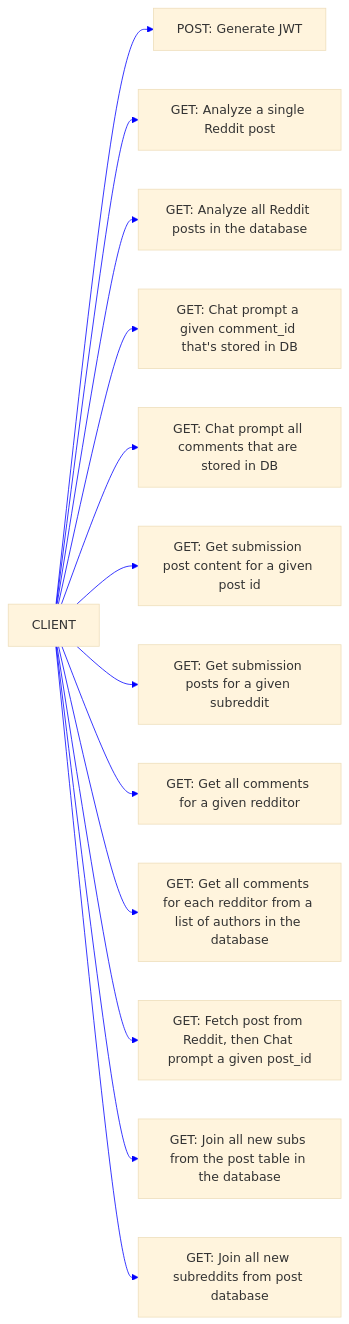
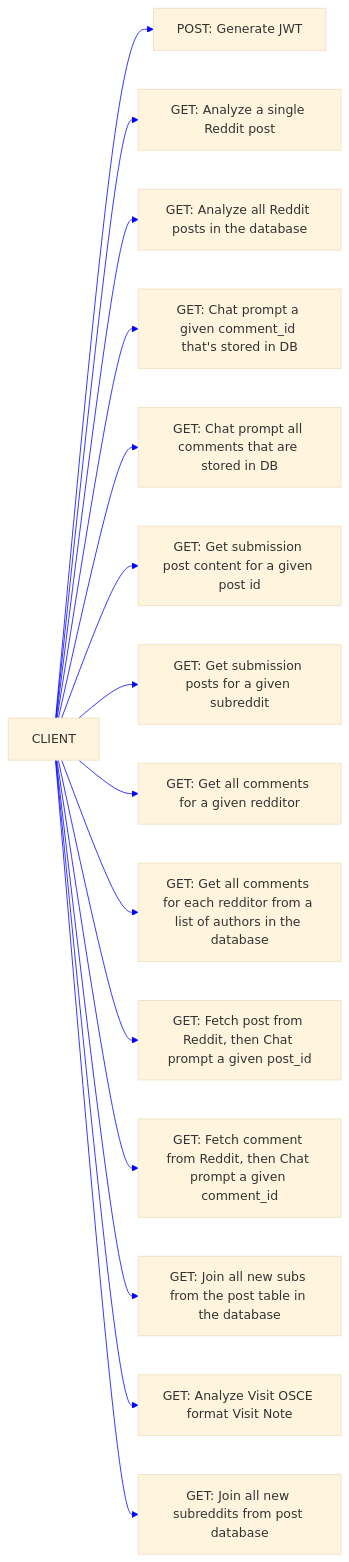
Before and after one commit to ovaisq/LLM-MedBillingForecast: the second of 3 diagrams in README.md, drawn with Mermaid.

Commit message:
updated README.md with new endpoints

````diff
--- a/README.md
+++ b/README.md
@@ -93,28 +93,32 @@
 ```mermaid
 %%{init: {'theme': 'base', 'themeVariables': {'lineColor': 'Blue'}}}%%
 graph LR
     sub["/login"] --> sub3
     sub["/analyze_post"] --> sub1
     sub["/analyze_posts"] --> sub2
     sub["/analyze_comment"] --> sub9
     sub["/analyze_comments"] --> sub10
     sub["/get_sub_post"] --> sub4
     sub["/get_sub_posts"] --> sub5
     sub["/get_author_comments"] --> sub6
     sub["/get_authors_comments"] --> sub7
     sub["/get_and_analyze_post"] --> sub12
+    sub["/get_and_analyze_comment"] --> sub14
     sub["/join_new_subs"] --> sub11
+    sub["/analyze_visit_note"] --> sub13
     sub["CLIENT"] --> sub8
     sub1["GET: Analyze a single Reddit post"]
     sub2["GET: Analyze all Reddit posts in the database"]
     sub3["POST: Generate JWT"]
     sub4["GET: Get submission post content for a given post id"]
     sub5["GET: Get submission posts for a given subreddit"]
     sub6["GET: Get all comments for a given redditor"]
     sub7["GET: Get all comments for each redditor from a list of authors in the database"]
     sub8["GET: Join all new subreddits from post database"]
     sub9["GET: Chat prompt a given comment_id that's stored in DB"]
     sub10["GET: Chat prompt all comments that are stored in DB"]
     sub11["GET: Join all new subs from the post table in the database"]
     sub12["GET: Fetch post from Reddit, then Chat prompt a given post_id"]
+    sub13["GET: Analyze Visit OSCE format Visit Note"]
+    sub14["GET: Fetch comment from Reddit, then Chat prompt a given comment_id"]
 ```
````
